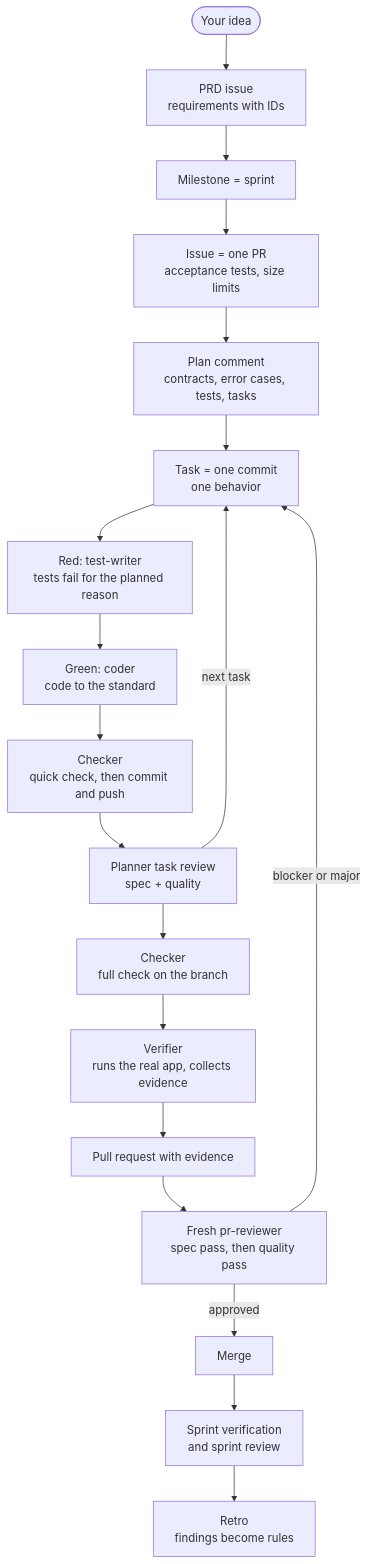
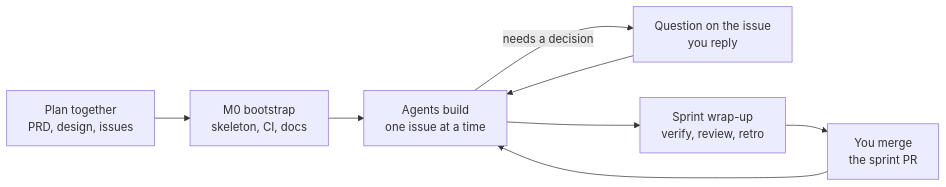
Before and after one commit to Wise-394/agentic-workflow-kit: the diagram in README.md, drawn with Mermaid. The commit also changed other lines of this file and 77 other files, not shown here.

````diff
--- a/README.md
+++ b/README.md
@@ -41,21 +7,10 @@
 ```mermaid
-flowchart TD
-    Idea([Your idea]) --> PRD[PRD issue<br/>requirements with IDs]
-    PRD --> M1[Milestone = sprint]
-    M1 --> I1[Issue = one PR<br/>acceptance tests, size limits]
-    I1 --> P[Plan comment<br/>contracts, error cases, tests, tasks]
-    P --> T1[Task = one commit<br/>one behavior]
-    T1 --> R[Red: test-writer<br/>tests fail for the planned reason]
-    R --> G[Green: coder<br/>code to the standard]
-    G --> C[Checker<br/>quick check, then commit and push]
-    C --> TR[Planner task review<br/>spec + quality]
-    TR -->|next task| T1
-    TR --> FC[Checker<br/>full check on the branch]
-    FC --> V[Verifier<br/>runs the real app, collects evidence]
-    V --> PR[Pull request with evidence]
-    PR --> RV[Fresh pr-reviewer<br/>spec pass, then quality pass]
-    RV -->|blocker or major| T1
-    RV -->|approved| MG[Merge]
-    MG --> SV[Sprint verification<br/>and sprint review]
-    SV --> RT[Retro<br/>findings become rules]
+flowchart LR
+    P[Plan together<br/>PRD, design, issues] --> B[M0 bootstrap<br/>skeleton, CI, docs]
+    B --> I[Agents build<br/>one issue at a time]
+    I -->|needs a decision| Q[Question on the issue<br/>you reply]
+    Q --> I
+    I --> W[Sprint wrap-up<br/>verify, review, retro]
+    W --> M[You merge<br/>the sprint PR]
+    M --> I
 ```
````
